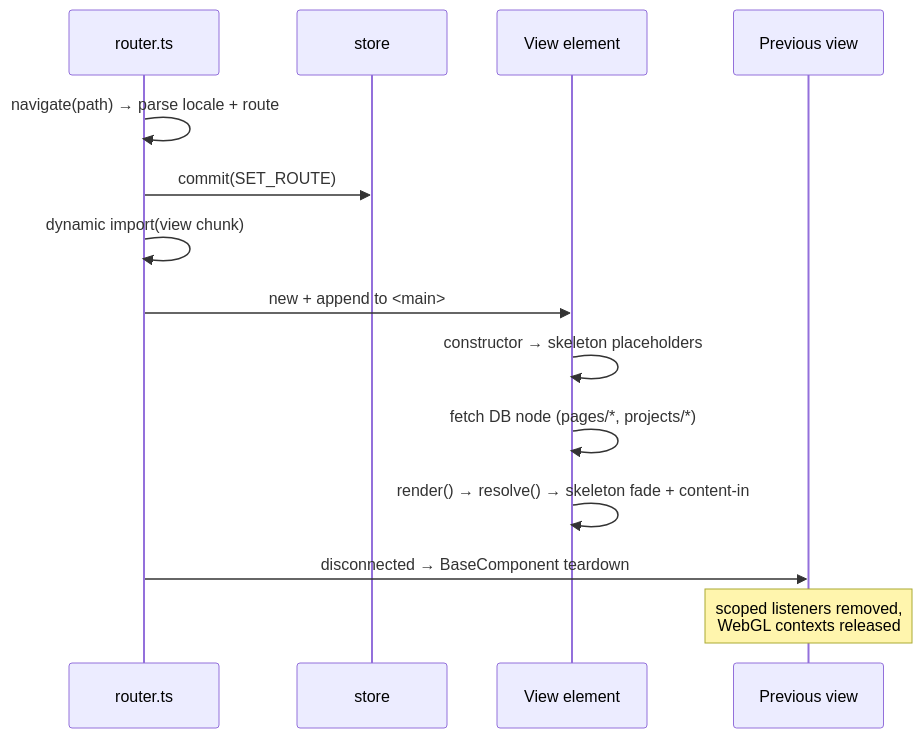
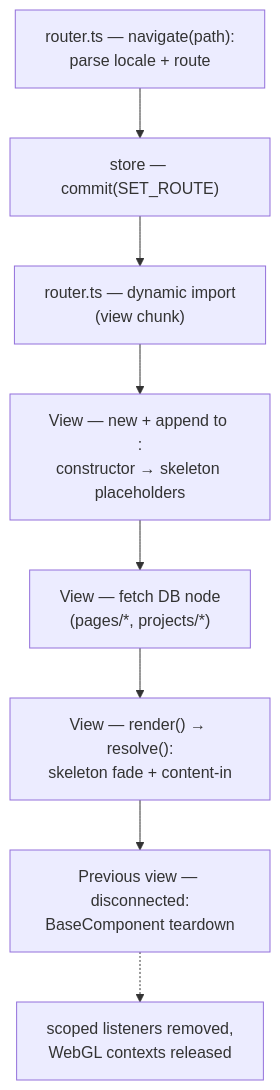
One commit to LuisKrotz/luiskr.com-V3-shared changed the diagram in docs/architecture/routing.md. Above: the diagram before and after it, drawn with Mermaid. The commit also changed 24 other files, not shown here.

First line of the commit message:
feat: live-translated locale pages at public paths + vertical mermaid

````diff
--- a/docs/architecture/routing.md
+++ b/docs/architecture/routing.md
@@ -75,17 +75,10 @@
 ```mermaid
-sequenceDiagram
-    participant R as router.ts
-    participant S as store
-    participant V as View element
-    participant P as Previous view
-
-    R->>R: navigate(path) → parse locale + route
-    R->>S: commit(SET_ROUTE)
-    R->>R: dynamic import(view chunk)
-    R->>V: new + append to #lt;main#gt;
-    V->>V: constructor → skeleton placeholders
-    V->>V: fetch DB node (pages/*, projects/*)
-    V->>V: render() → resolve() → skeleton fade + content-in
-    R->>P: disconnected → BaseComponent teardown
-    Note over P: scoped listeners removed,<br/>WebGL contexts released
+flowchart TB
+    S1["router.ts — navigate(path):<br/>parse locale + route"] --> S2["store — commit(SET_ROUTE)"]
+    S2 --> S3["router.ts — dynamic import<br/>(view chunk)"]
+    S3 --> S4["View — new + append to <main>:<br/>constructor → skeleton placeholders"]
+    S4 --> S5["View — fetch DB node<br/>(pages/*, projects/*)"]
+    S5 --> S6["View — render() → resolve():<br/>skeleton fade + content-in"]
+    S6 --> S7["Previous view — disconnected:<br/>BaseComponent teardown"]
+    S7 -.-> N["scoped listeners removed,<br/>WebGL contexts released"]
 ```
````
